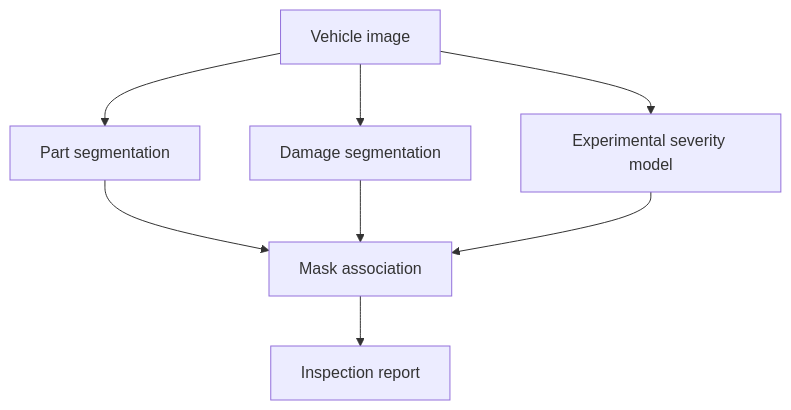
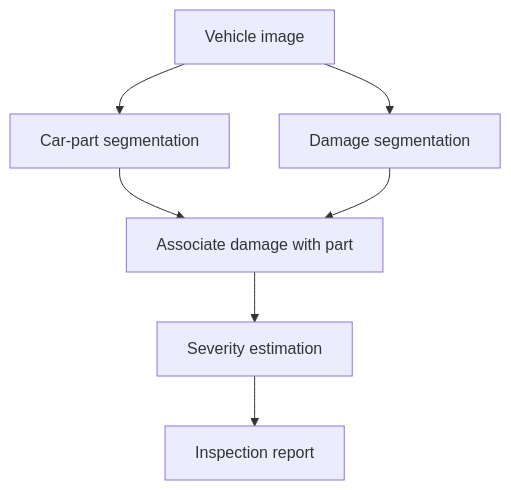
Before and after one commit to ppavank83/DamageLens: the diagram in README.md, drawn with Mermaid. The commit also changed other lines of this file, not shown here.

````diff
--- a/README.md
+++ b/README.md
@@ -28,10 +13,9 @@
 ```mermaid
 flowchart TD
-    A["Vehicle image"] --> B["Part segmentation"]
+    A["Vehicle image"] --> B["Car-part segmentation"]
     A --> C["Damage segmentation"]
-    A --> D["Experimental severity model"]
-    B --> E["Mask association"]
-    C --> E
-    D --> E
+    B --> D["Associate damage with part"]
+    C --> D
+    D --> E["Severity estimation"]
     E --> F["Inspection report"]
 ```
````
